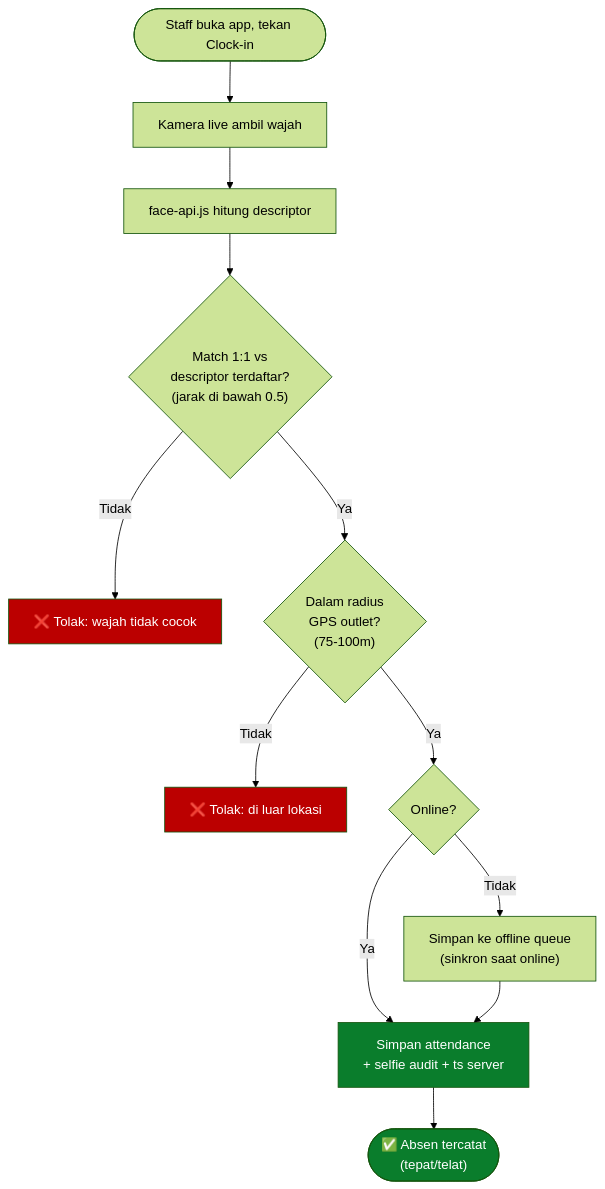
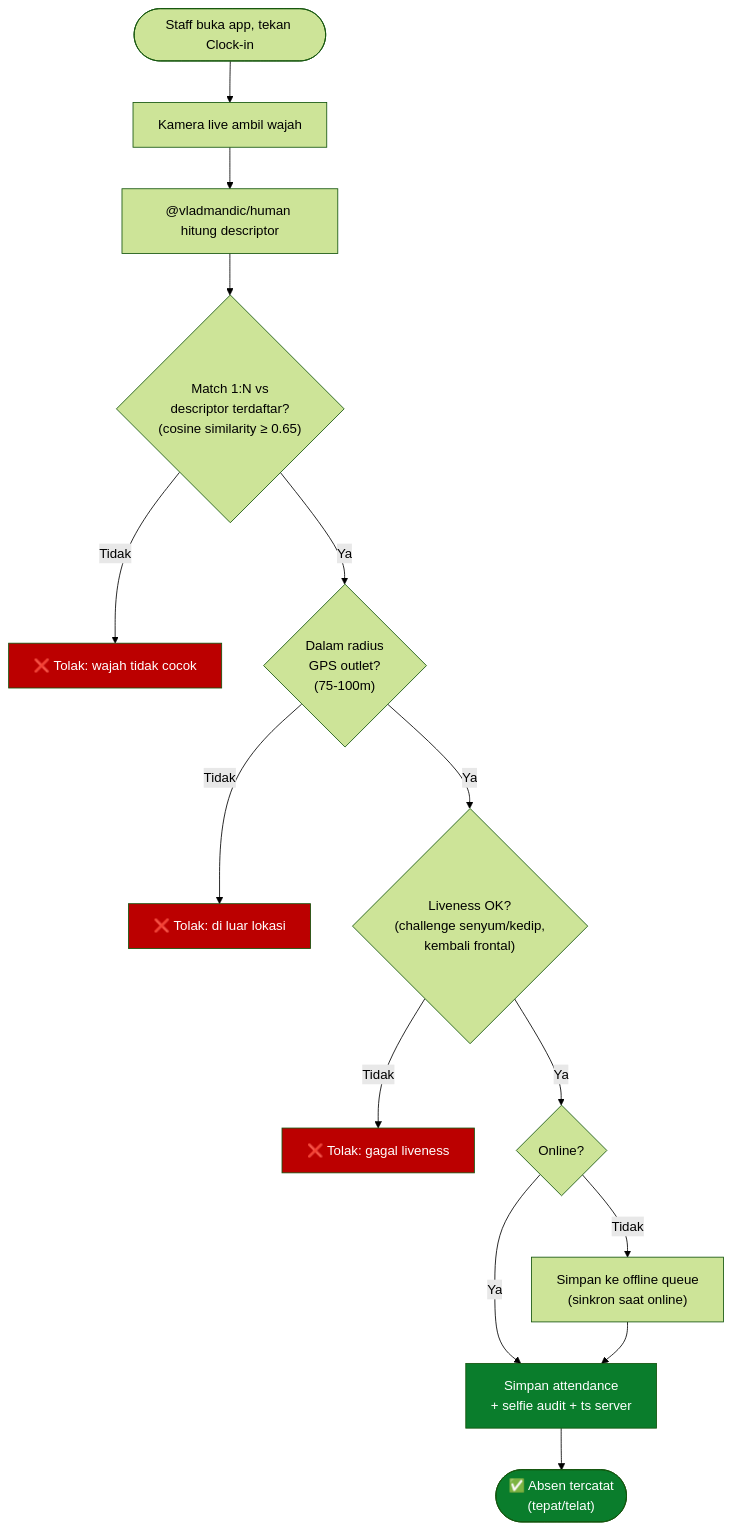
One commit to dev-sukashawarma/DIGITALISASI-SS-PROJECT changed the third of 8 diagrams in docs/FLOWS.md. Above: the diagram before and after it, drawn with Mermaid (forest theme). The commit also changed other lines of this file, not shown here.

Commit message:
docs(flows): sinkron clock-in #3 — @vladmandic/human, cosine 0.65 (1:N), tambah langkah Liveness

````diff
--- a/docs/FLOWS.md
+++ b/docs/FLOWS.md
@@ -46,19 +46,21 @@
 ```mermaid
 flowchart TD
     start(["Staff buka app, tekan Clock-in"]) --> cam["Kamera live ambil wajah"]
-    cam --> desc["face-api.js hitung descriptor"]
-    desc --> match{"Match 1:1 vs<br/>descriptor terdaftar?<br/>(jarak di bawah 0.5)"}
+    cam --> desc["@vladmandic/human hitung descriptor"]
+    desc --> match{"Match 1:N vs<br/>descriptor terdaftar?<br/>(cosine similarity ≥ 0.65)"}
     match -- "Tidak" --> rej1["❌ Tolak: wajah tidak cocok"]
     match -- "Ya" --> gps{"Dalam radius<br/>GPS outlet?<br/>(75-100m)"}
     gps -- "Tidak" --> rej2["❌ Tolak: di luar lokasi"]
-    gps -- "Ya" --> online{"Online?"}
+    gps -- "Ya" --> live{"Liveness OK?<br/>(challenge senyum/kedip,<br/>kembali frontal)"}
+    live -- "Tidak" --> rej3["❌ Tolak: gagal liveness"]
+    live -- "Ya" --> online{"Online?"}
     online -- "Ya" --> save["Simpan attendance<br/>+ selfie audit + ts server"]
     online -- "Tidak" --> queue["Simpan ke offline queue<br/>(sinkron saat online)"]
     queue --> save
     save --> done(["✅ Absen tercatat<br/>(tepat/telat)"])
 
     classDef ok fill:#0a7d2c,color:#fff;
     classDef no fill:#b00,color:#fff;
     class done,save ok;
-    class rej1,rej2 no;
+    class rej1,rej2,rej3 no;
 ```
````
